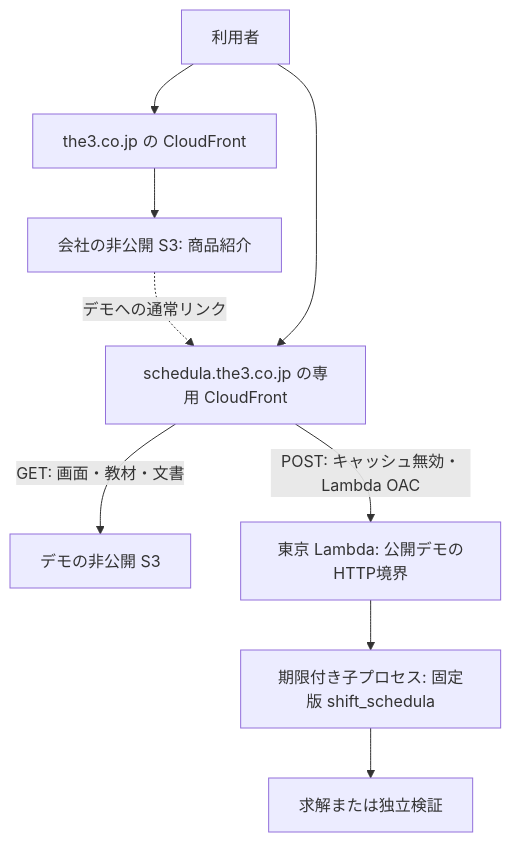
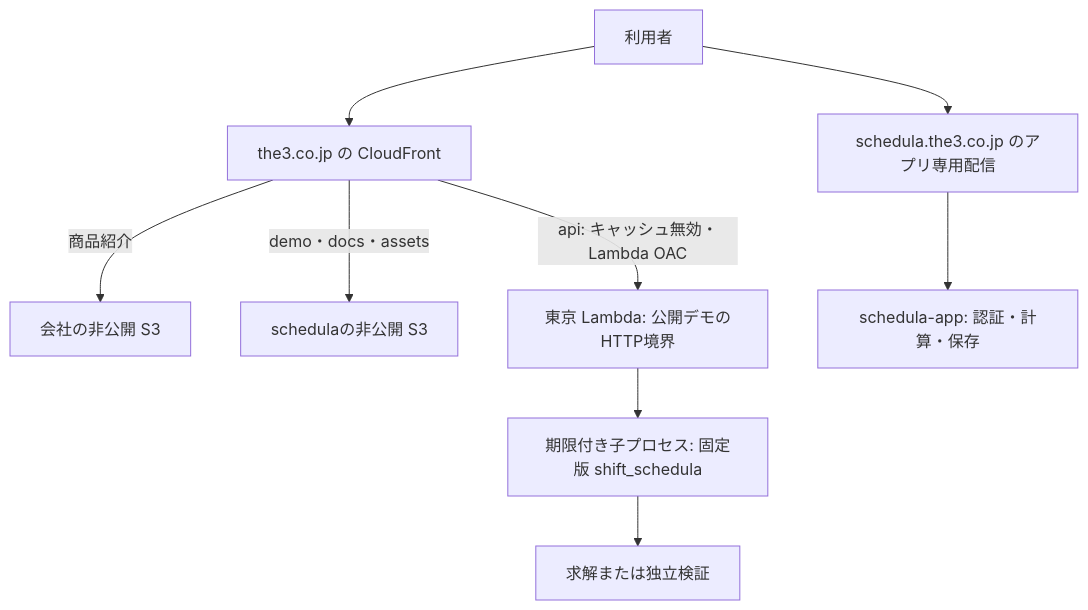
The diagram in docs/web-deployment.md (omitsuhashi/schedula), drawn with Mermaid before and after one commit. The commit also changed other lines of this file and 1 other file, not shown here.

Commit message:
Clarify shared CloudFront deployment boundaries

````diff
--- a/docs/web-deployment.md
+++ b/docs/web-deployment.md
@@ -67,11 +129,11 @@
 ```mermaid
 flowchart TD
     U[利用者] --> C[the3.co.jp の CloudFront]
-    C --> S[会社の非公開 S3: 商品紹介]
-    S -. デモへの通常リンク .-> D[schedula.the3.co.jp の専用 CloudFront]
-    U --> D
-    D -->|GET: 画面・教材・文書| DS[デモの非公開 S3]
-    D -->|POST: キャッシュ無効・Lambda OAC| F[東京 Lambda: 公開デモのHTTP境界]
+    C -->|商品紹介| S[会社の非公開 S3]
+    C -->|demo・docs・assets| DS[schedulaの非公開 S3]
+    C -->|api: キャッシュ無効・Lambda OAC| F[東京 Lambda: 公開デモのHTTP境界]
     F --> P[期限付き子プロセス: 固定版 shift_schedula]
     P --> V[求解または独立検証]
+    U --> A[schedula.the3.co.jp のアプリ専用配信]
+    A --> B[schedula-app: 認証・計算・保存]
 ```
````
